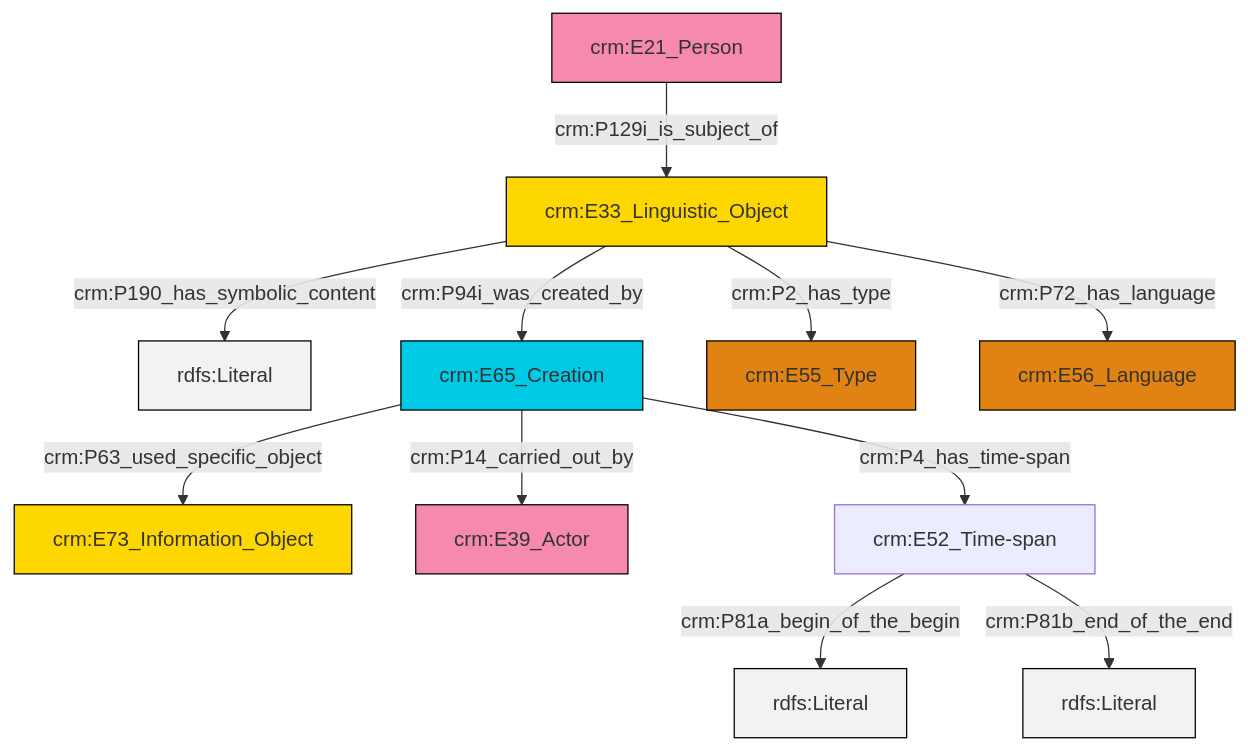
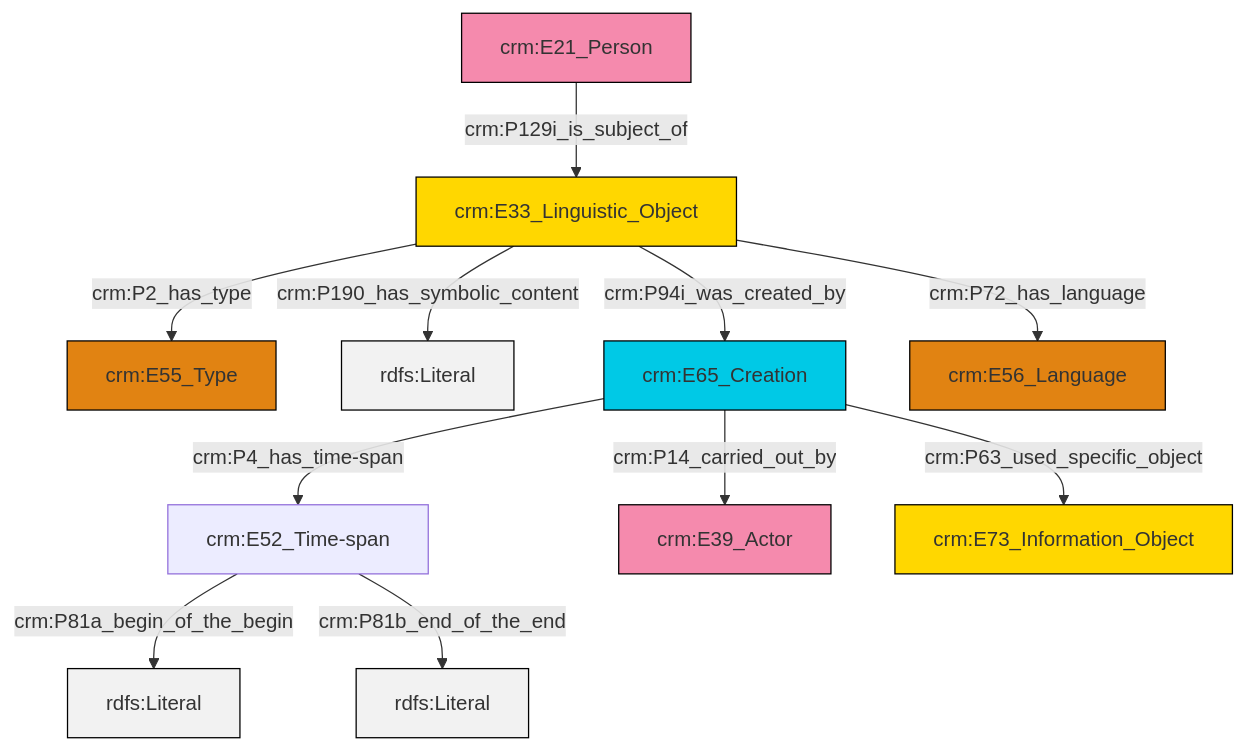
The diagram in et/personCSV/ttl/mmd/Person_Description.ttl.mmd (swiss-art-research-net/reference-data-models), drawn with Mermaid before and after one commit. The commit also changed 123 other files, not shown here.

```diff
--- a/et/personCSV/ttl/mmd/Person_Description.ttl.mmd
+++ b/et/personCSV/ttl/mmd/Person_Description.ttl.mmd
@@ -1,25 +1,25 @@
 graph TD
 classDef Literal fill:#f2f2f2,stroke:#000000;
 classDef CRM_Entity fill:#FFFFFF,stroke:#000000;
 classDef Temporal_Entity fill:#00C9E6, stroke:#000000;
 classDef Type fill:#E18312, stroke:#000000;
 classDef Time-Span fill:#2C9C91, stroke:#000000;
 classDef Appellation fill:#FFEB7F, stroke:#000000;
 classDef Place fill:#008836, stroke:#000000;
 classDef Persistent_Item fill:#B266B2, stroke:#000000;
 classDef Conceptual_Object fill:#FFD700, stroke:#000000;
 classDef Physical_Thing fill:#D2B48C, stroke:#000000;
 classDef Actor fill:#f58aad, stroke:#000000;
 classDef PC_Classes fill:#4ce600, stroke:#000000;
 classDef Multi fill:#cccccc,stroke:#000000;
 
-0["crm:E33_Linguistic_Object"]:::Conceptual_Object -->|crm:P190_has_symbolic_content| 1[rdfs:Literal]:::Literal
-2["crm:E65_Creation"]:::Temporal_Entity -->|crm:P63_used_specific_object| 3["crm:E73_Information_Object"]:::Conceptual_Object
-5["crm:E21_Person"]:::Actor -->|crm:P129i_is_subject_of| 0["crm:E33_Linguistic_Object"]:::Conceptual_Object
-0["crm:E33_Linguistic_Object"]:::Conceptual_Object -->|crm:P2_has_type| 6["crm:E55_Type"]:::Type
-0["crm:E33_Linguistic_Object"]:::Conceptual_Object -->|crm:P94i_was_created_by| 2["crm:E65_Creation"]:::Temporal_Entity
-2["crm:E65_Creation"]:::Temporal_Entity -->|crm:P14_carried_out_by| 8["crm:E39_Actor"]:::Actor
-0["crm:E33_Linguistic_Object"]:::Conceptual_Object -->|crm:P72_has_language| 11["crm:E56_Language"]:::Type
-2["crm:E65_Creation"]:::Temporal_Entity -->|crm:P4_has_time-span| 12["crm:E52_Time-span"]:::Default
-12["crm:E52_Time-span"]:::Default -->|crm:P81a_begin_of_the_begin| 14[rdfs:Literal]:::Literal
-12["crm:E52_Time-span"]:::Default -->|crm:P81b_end_of_the_end| 15[rdfs:Literal]:::Literal
+0["crm:E21_Person"]:::Actor -->|crm:P129i_is_subject_of| 1["crm:E33_Linguistic_Object"]:::Conceptual_Object
+1["crm:E33_Linguistic_Object"]:::Conceptual_Object -->|crm:P2_has_type| 2["crm:E55_Type"]:::Type
+3["crm:E52_Time-span"]:::Default -->|crm:P81a_begin_of_the_begin| 4[rdfs:Literal]:::Literal
+1["crm:E33_Linguistic_Object"]:::Conceptual_Object -->|crm:P190_has_symbolic_content| 5[rdfs:Literal]:::Literal
+6["crm:E65_Creation"]:::Temporal_Entity -->|crm:P14_carried_out_by| 7["crm:E39_Actor"]:::Actor
+1["crm:E33_Linguistic_Object"]:::Conceptual_Object -->|crm:P94i_was_created_by| 6["crm:E65_Creation"]:::Temporal_Entity
+6["crm:E65_Creation"]:::Temporal_Entity -->|crm:P63_used_specific_object| 9["crm:E73_Information_Object"]:::Conceptual_Object
+3["crm:E52_Time-span"]:::Default -->|crm:P81b_end_of_the_end| 11[rdfs:Literal]:::Literal
+6["crm:E65_Creation"]:::Temporal_Entity -->|crm:P4_has_time-span| 3["crm:E52_Time-span"]:::Default
+1["crm:E33_Linguistic_Object"]:::Conceptual_Object -->|crm:P72_has_language| 12["crm:E56_Language"]:::Type
```
